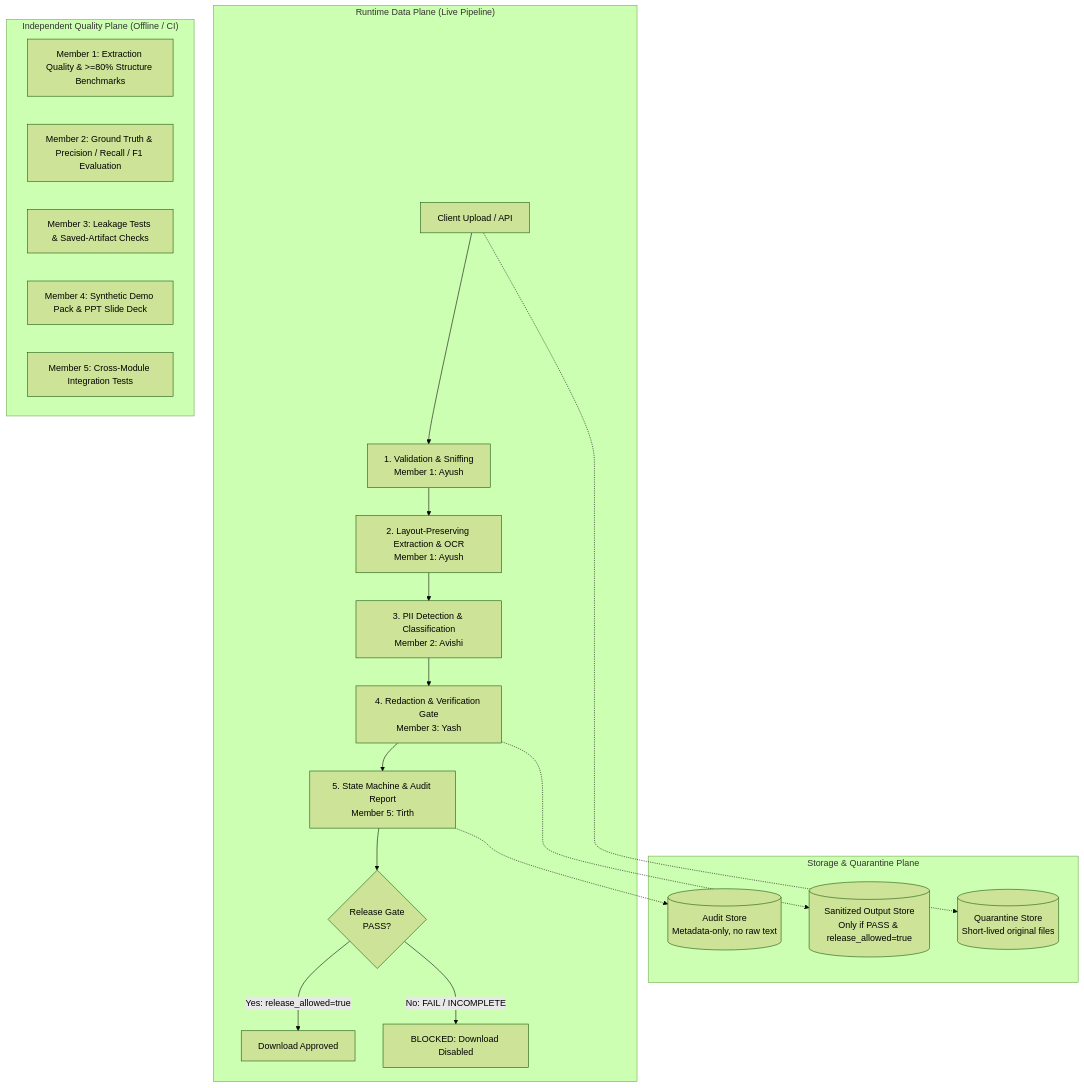
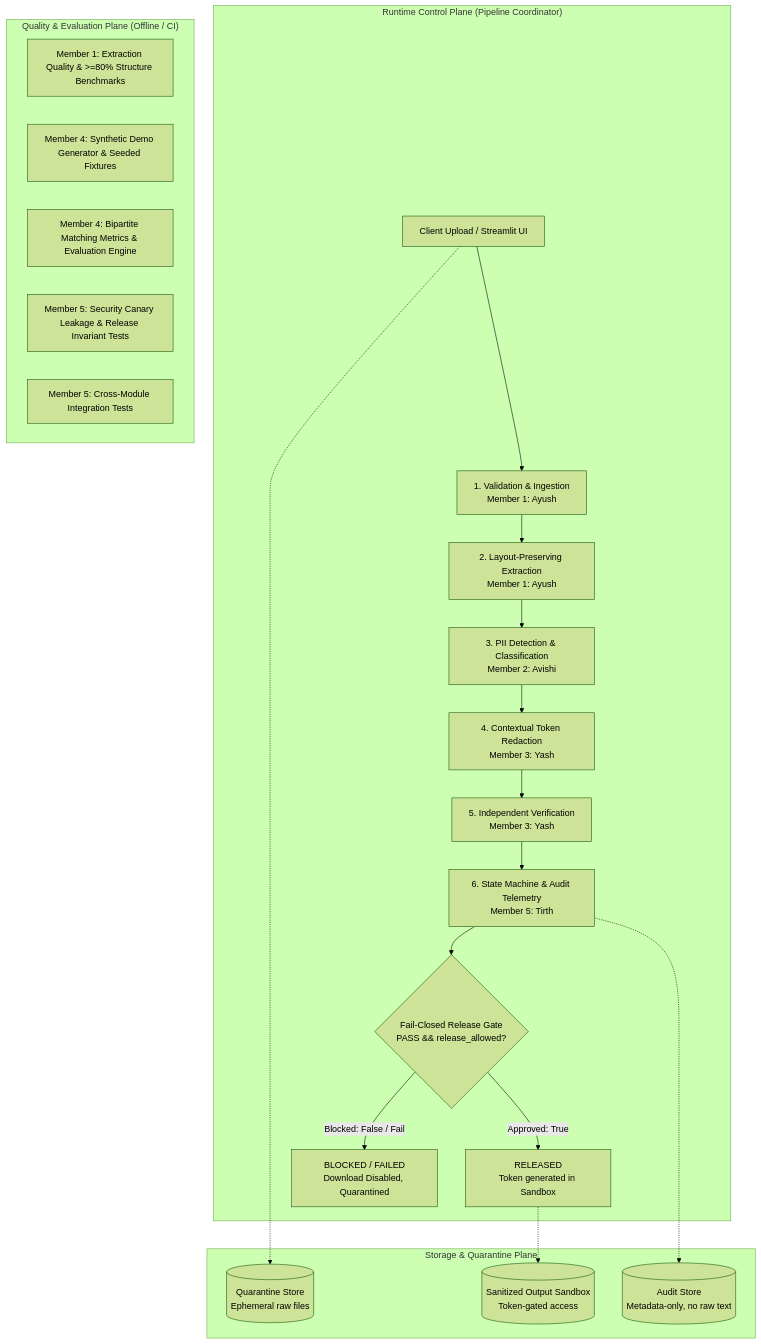
The diagram in README.md (AyushSinha2210/Optiv_Case_study), drawn with Mermaid (forest theme) before and after one commit. The commit also changed other lines of this file and 6 other files, not shown here.

Commit message:
docs(member5): finalize architecture, security, evaluation, demo script, and commit log

````diff
--- a/README.md
+++ b/README.md
@@ -39,31 +42,32 @@
 ```mermaid
 flowchart TD
     subgraph StoragePlane["Storage & Quarantine Plane"]
-        S1[(Quarantine Store<br/>Short-lived original files)]
-        S2[(Sanitized Output Store<br/>Only if PASS & release_allowed=true)]
+        S1[(Quarantine Store<br/>Ephemeral raw files)]
+        S2[(Sanitized Output Sandbox<br/>Token-gated access)]
         S3[(Audit Store<br/>Metadata-only, no raw text)]
     end
 
-    subgraph RuntimePlane["Runtime Data Plane (Live Pipeline)"]
-        A[Client Upload / API] --> B[1. Validation & Sniffing<br/>Member 1: Ayush]
-        B --> C[2. Layout-Preserving Extraction & OCR<br/>Member 1: Ayush]
+    subgraph RuntimePlane["Runtime Control Plane (Pipeline Coordinator)"]
+        A[Client Upload / Streamlit UI] --> B[1. Validation & Ingestion<br/>Member 1: Ayush]
+        B --> C[2. Layout-Preserving Extraction<br/>Member 1: Ayush]
         C --> D[3. PII Detection & Classification<br/>Member 2: Avishi]
-        D --> E[4. Redaction & Verification Gate<br/>Member 3: Yash]
-        E --> F[5. State Machine & Audit Report<br/>Member 5: Tirth]
-        F --> G{Release Gate<br/>PASS?}
-        G -->|Yes: release_allowed=true| H[Download Approved]
-        G -->|No: FAIL / INCOMPLETE| I[BLOCKED: Download Disabled]
+        D --> E[4. Contextual Token Redaction<br/>Member 3: Yash]
+        E --> F[5. Independent Verification<br/>Member 3: Yash]
+        F --> G[6. State Machine & Audit Telemetry<br/>Member 5: Tirth]
+        G --> H{Fail-Closed Release Gate<br/>PASS && release_allowed?}
+        H -->|Approved: True| I[RELEASED<br/>Token generated in Sandbox]
+        H -->|Blocked: False / Fail| J[BLOCKED / FAILED<br/>Download Disabled, Quarantined]
     end
 
-    subgraph QualityPlane["Independent Quality Plane (Offline / CI)"]
+    subgraph QualityPlane["Quality & Evaluation Plane (Offline / CI)"]
         Q1[Member 1: Extraction Quality & >=80% Structure Benchmarks]
-        Q2[Member 2: Ground Truth & Precision / Recall / F1 Evaluation]
-        Q3[Member 3: Leakage Tests & Saved-Artifact Checks]
-        Q4[Member 4: Synthetic Demo Pack & PPT Slide Deck]
+        Q2[Member 4: Synthetic Demo Generator & Seeded Fixtures]
+        Q3[Member 4: Bipartite Matching Metrics & Evaluation Engine]
+        Q4[Member 5: Security Canary Leakage & Release Invariant Tests]
         Q5[Member 5: Cross-Module Integration Tests]
     end
 
     A -.-> S1
-    E -.-> S2
-    F -.-> S3
+    I -.-> S2
+    G -.-> S3
 ```
````
